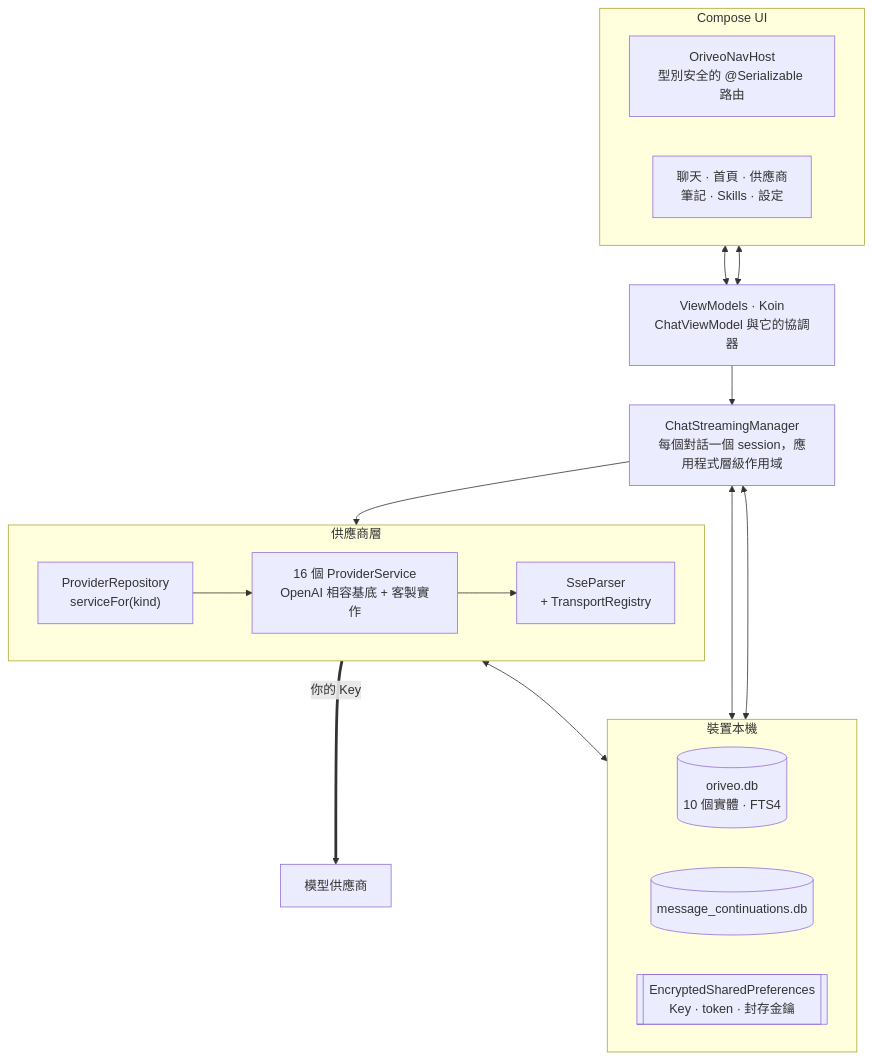
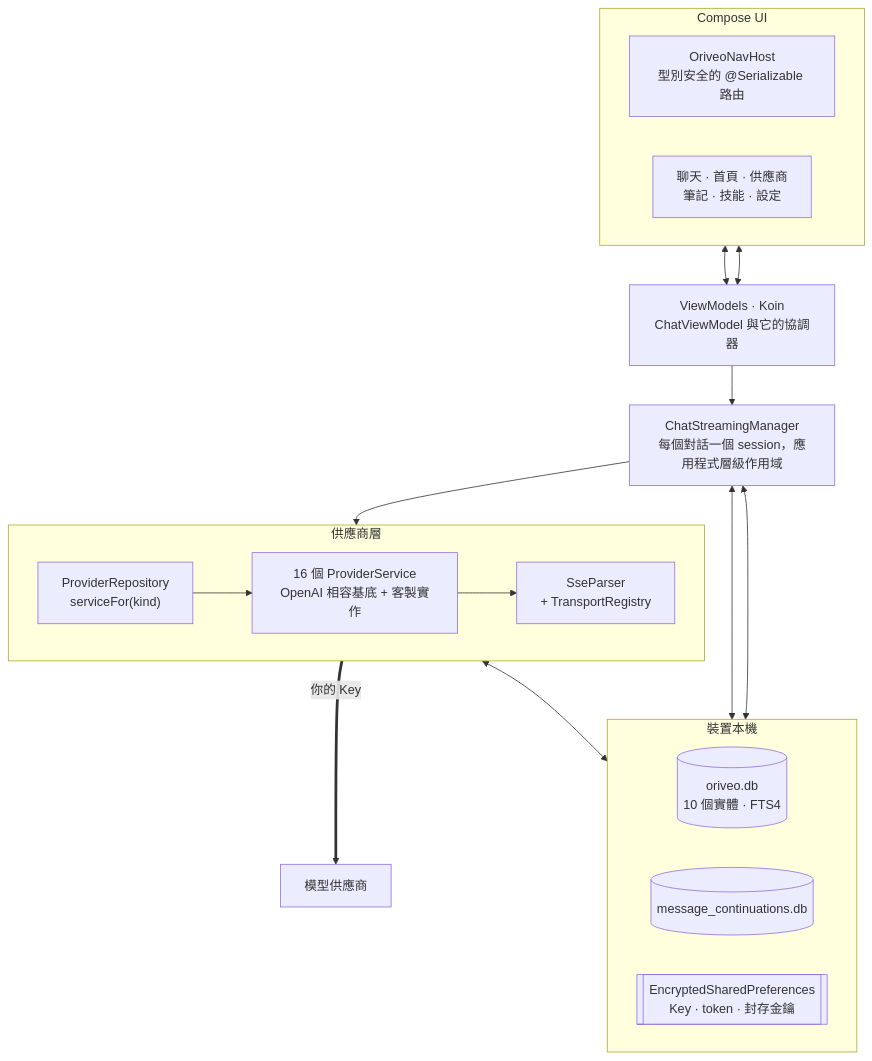
One commit to oriveo/oriveo changed the diagram in readme_i18n/zh-Hant/android.md. Above: the diagram before and after it, drawn with Mermaid. The commit also changed other lines of this file and 89 other files, not shown here.

````diff
--- a/readme_i18n/zh-Hant/android.md
+++ b/readme_i18n/zh-Hant/android.md
@@ -45,34 +45,34 @@
 ```mermaid
 flowchart TB
     subgraph ui ["Compose UI"]
         direction LR
         nav["OriveoNavHost<br/>型別安全的 @Serializable 路由"]
-        screens["聊天 · 首頁 · 供應商<br/>筆記 · Skills · 設定"]
+        screens["聊天 · 首頁 · 供應商<br/>筆記 · 技能 · 設定"]
     end
 
     vms["ViewModels · Koin<br/>ChatViewModel 與它的協調器"]
 
     streaming["ChatStreamingManager<br/>每個對話一個 session，應用程式層級作用域"]
 
     subgraph data ["裝置本機"]
         direction LR
         room[("oriveo.db<br/>10 個實體 · FTS4")]
         cont[("message_continuations.db")]
         keys[["EncryptedSharedPreferences<br/>Key · token · 封存金鑰"]]
     end
 
     subgraph net ["供應商層"]
         direction LR
         repo["ProviderRepository<br/>serviceFor(kind)"]
         svc["16 個 ProviderService<br/>OpenAI 相容基底 + 客製實作"]
         sse["SseParser<br/>+ TransportRegistry"]
     end
 
     nav & screens <--> vms
     vms --> streaming
     streaming --> repo
     repo --> svc --> sse
     streaming <--> room & cont
     svc <--> keys
     sse ==>|"你的 Key"| up["模型供應商"]
 ```
````
